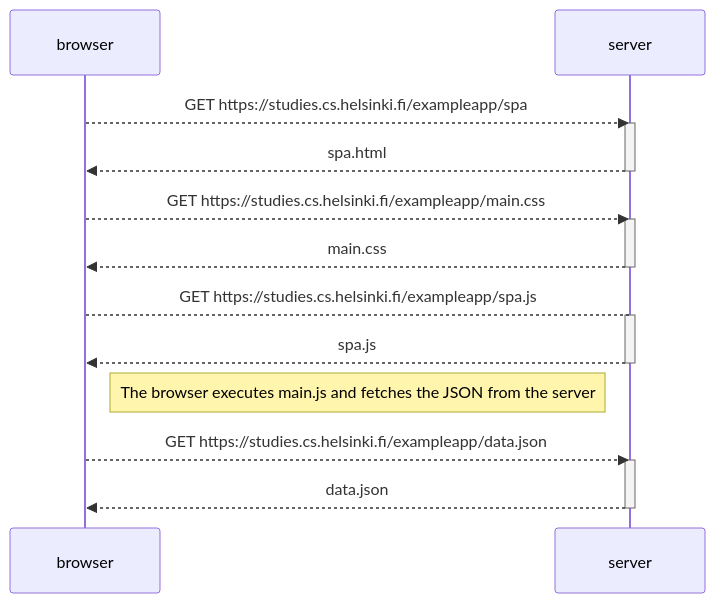
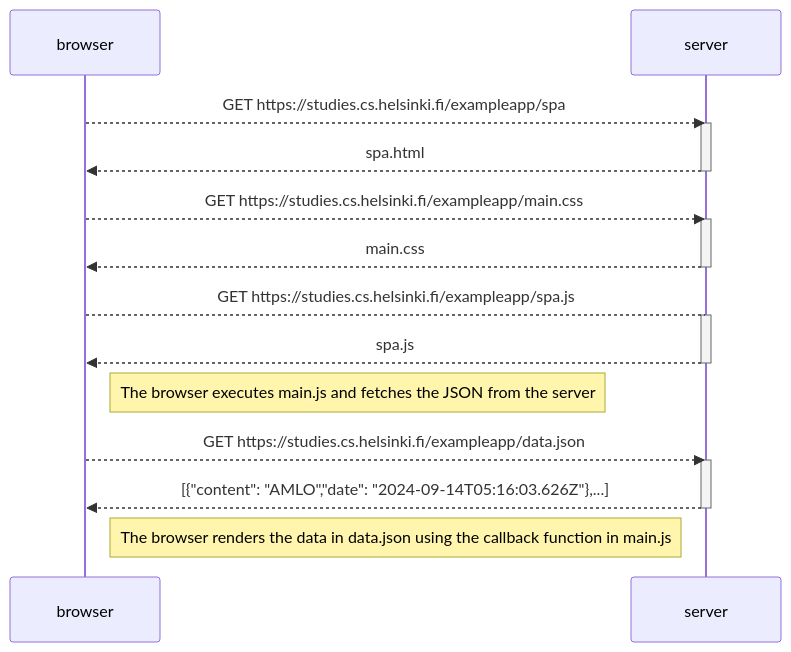
Before and after one commit to jaqska/full-stack-open: the diagram in part0/0_5_single_page_app_diagram.md, drawn with Mermaid. The commit also changed 2 other files, not shown here.

Commit message:
added more comments to mermaid diagrams

````diff
--- a/part0/0_5_single_page_app_diagram.md
+++ b/part0/0_5_single_page_app_diagram.md
@@ -1,27 +1,29 @@
 ```mermaid
 sequenceDiagram
   participant browser
   participant server
 
   browser-->>server: GET https://studies.cs.helsinki.fi/exampleapp/spa
     activate server
     server-->>browser: spa.html
     deactivate server
   
   browser-->>server: GET https://studies.cs.helsinki.fi/exampleapp/main.css
     activate server
     server-->>browser: main.css
     deactivate server
 
   browser-->server: GET https://studies.cs.helsinki.fi/exampleapp/spa.js
     activate server
     server-->>browser: spa.js
     deactivate server
 
   Note right of browser: The browser executes main.js and fetches the JSON from the server
 
   browser-->>server: GET https://studies.cs.helsinki.fi/exampleapp/data.json
     activate server
-    server-->>browser: data.json
+    server-->>browser: [{"content": "AMLO","date": "2024-09-14T05:16:03.626Z"},...]
     deactivate server
+
+  Note right of browser: The browser renders the data in data.json using the callback function in main.js 
 ```
````
